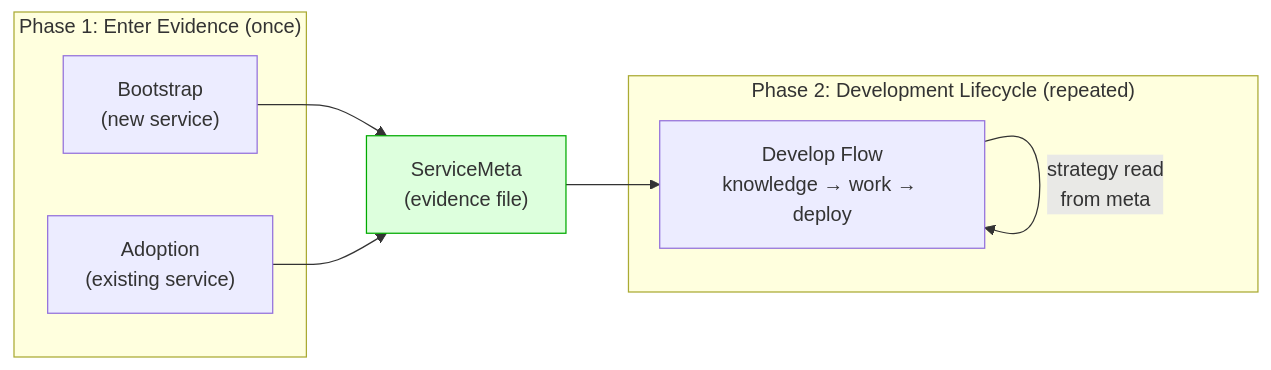
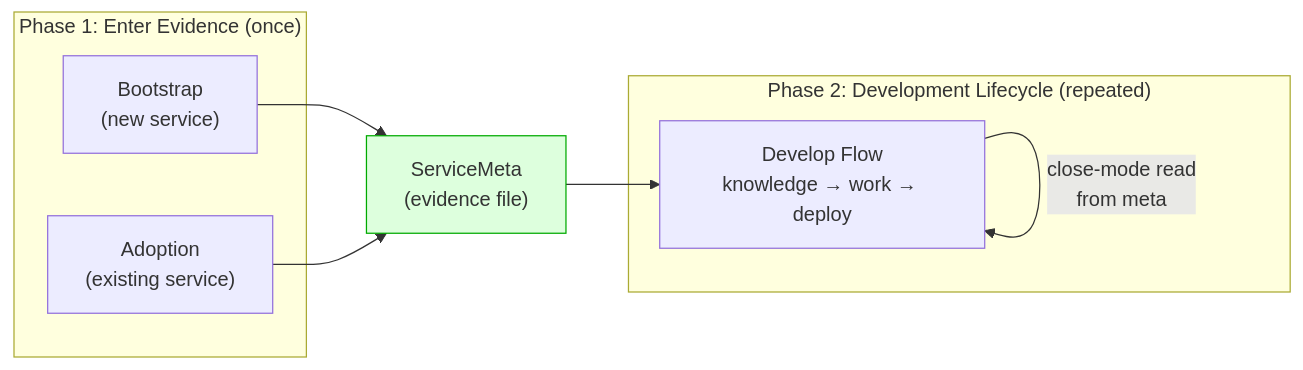
Before and after one commit to zeropsio/zcp: the first of 5 diagrams in docs/spec-workflows.md, drawn with Mermaid. The commit also changed other lines of this file and 94 other files, not shown here.

````diff
--- a/docs/spec-workflows.md
+++ b/docs/spec-workflows.md
@@ -17,18 +17,18 @@
 ```mermaid
 flowchart LR
     subgraph Phase1 ["Phase 1: Enter Evidence (once)"]
         Bootstrap["Bootstrap<br/>(new service)"]
         Adoption["Adoption<br/>(existing service)"]
     end
 
     subgraph Phase2 ["Phase 2: Development Lifecycle (repeated)"]
         Develop["Develop Flow<br/>knowledge → work → deploy"]
     end
 
     Bootstrap --> Meta["ServiceMeta<br/>(evidence file)"]
     Adoption --> Meta
     Meta --> Develop
-    Develop -->|"strategy read<br/>from meta"| Develop
+    Develop -->|"close-mode read<br/>from meta"| Develop
 
     style Meta fill:#dfd,stroke:#0a0
 ```
````
